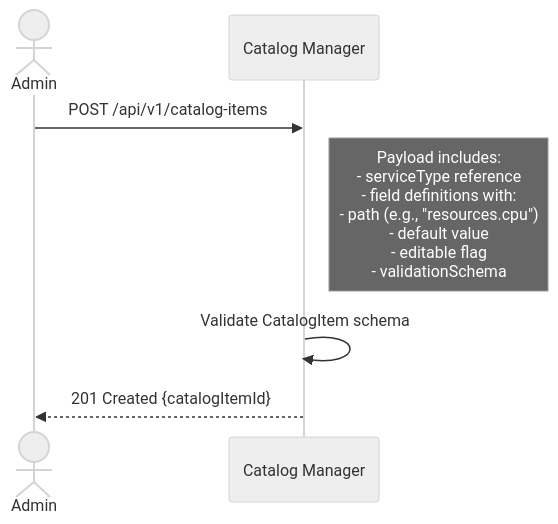
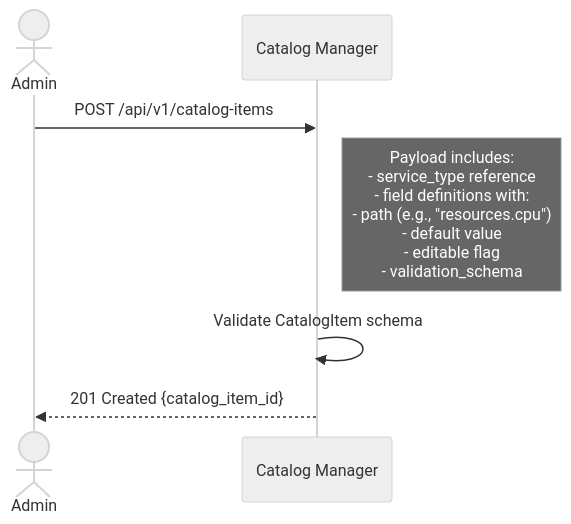
One commit to dcm-project/enhancements changed the fifth of 23 diagrams in enhancements/user-flows/user-flows.md. Above: the diagram before and after it, drawn with Mermaid (neutral theme). The commit also changed other lines of this file and 19 other files, not shown here.

````diff
--- a/enhancements/user-flows/user-flows.md
+++ b/enhancements/user-flows/user-flows.md
@@ -417,11 +417,11 @@
 ```mermaid
 sequenceDiagram
     actor Admin
     participant CM as Catalog Manager
 
     Admin->>CM: POST /api/v1/catalog-items
-    Note right of CM: Payload includes:<br/>- serviceType reference<br/>- field definitions with:<br/>  - path (e.g., "resources.cpu")<br/>  - default value<br/>  - editable flag<br/>  - validationSchema
+    Note right of CM: Payload includes:<br/>- service_type reference<br/>- field definitions with:<br/>  - path (e.g., "resources.cpu")<br/>  - default value<br/>  - editable flag<br/>  - validation_schema
 
     CM->>CM: Validate CatalogItem schema
-    CM-->>Admin: 201 Created {catalogItemId}
+    CM-->>Admin: 201 Created {catalog_item_id}
 ```
````
